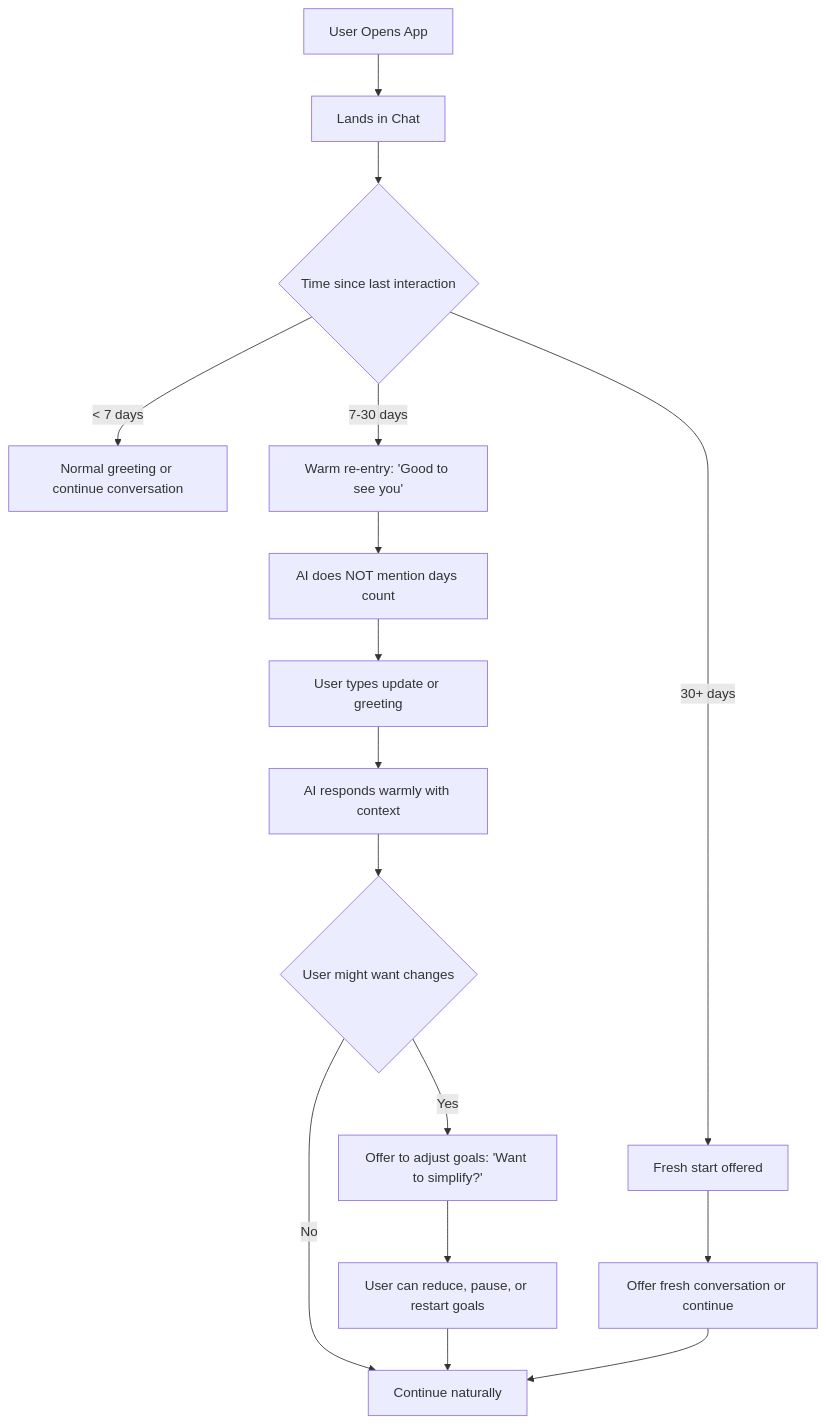
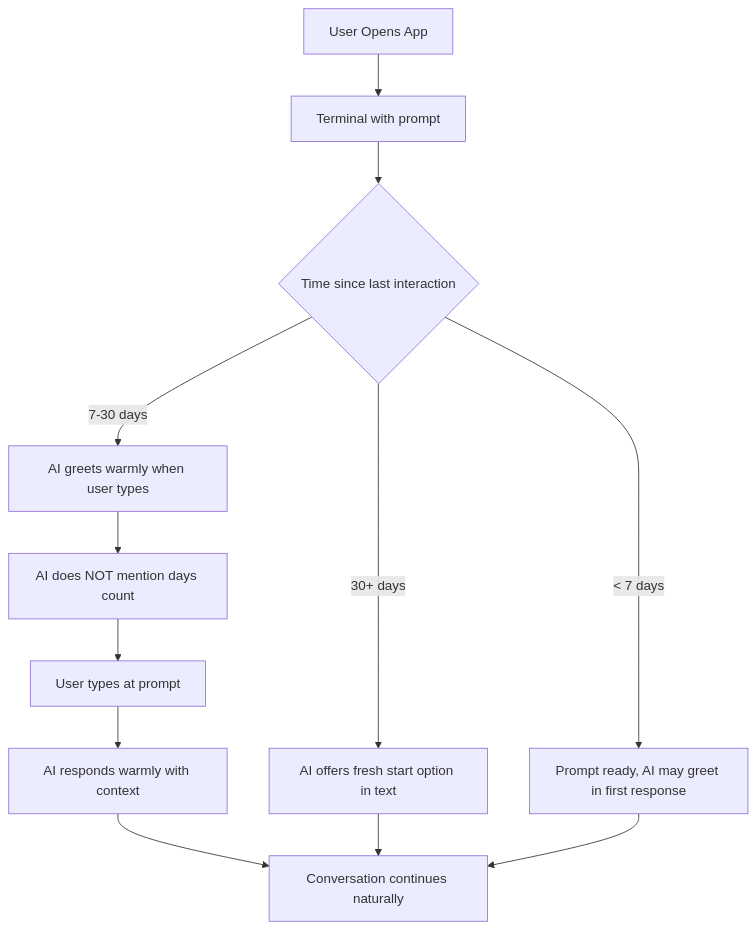
One commit to justinfinch-copoint/resolution-tracker changed the fourth of 4 diagrams in _bmad-output/planning-artifacts/ux-design-specification.md. Above: the diagram before and after it, drawn with Mermaid. The commit also changed other lines of this file and 4 other files, not shown here.

````diff
--- a/_bmad-output/planning-artifacts/ux-design-specification.md
+++ b/_bmad-output/planning-artifacts/ux-design-specification.md
@@ -708,18 +747,14 @@
 ```mermaid
 flowchart TD
-    A[User Opens App] --> B[Lands in Chat]
+    A[User Opens App] --> B[Terminal with prompt]
     B --> C{Time since last interaction}
-    C -->|< 7 days| D[Normal greeting or continue conversation]
-    C -->|7-30 days| E[Warm re-entry: 'Good to see you']
-    C -->|30+ days| F[Fresh start offered]
+    C -->|< 7 days| D[Prompt ready, AI may greet in first response]
+    C -->|7-30 days| E[AI greets warmly when user types]
+    C -->|30+ days| F[AI offers fresh start option in text]
     E --> G[AI does NOT mention days count]
-    G --> H[User types update or greeting]
+    G --> H[User types at prompt]
     H --> I[AI responds warmly with context]
-    I --> J{User might want changes}
-    J -->|Yes| K[Offer to adjust goals: 'Want to simplify?']
-    J -->|No| L[Continue naturally]
-    K --> M[User can reduce, pause, or restart goals]
-    M --> L
-    F --> N[Offer fresh conversation or continue]
-    N --> L
+    I --> J[Conversation continues naturally]
+    F --> J
+    D --> J
 ```
````
